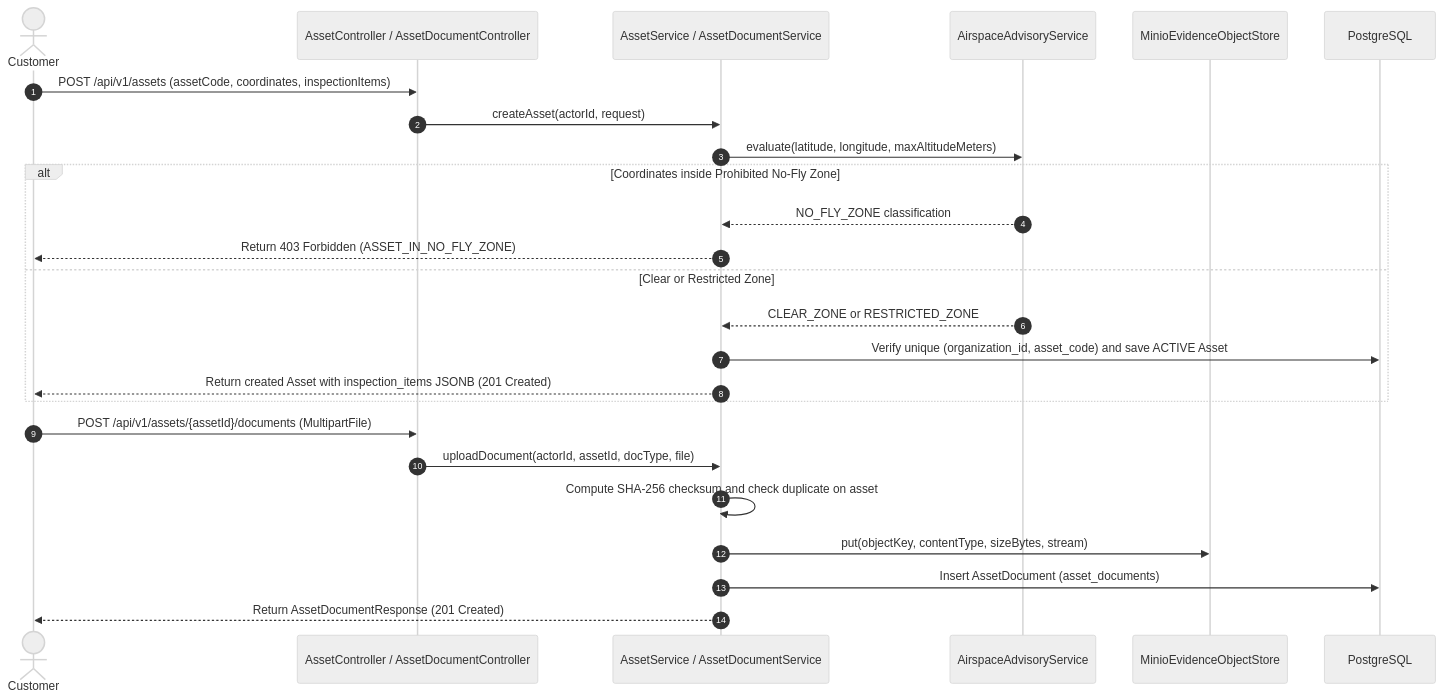
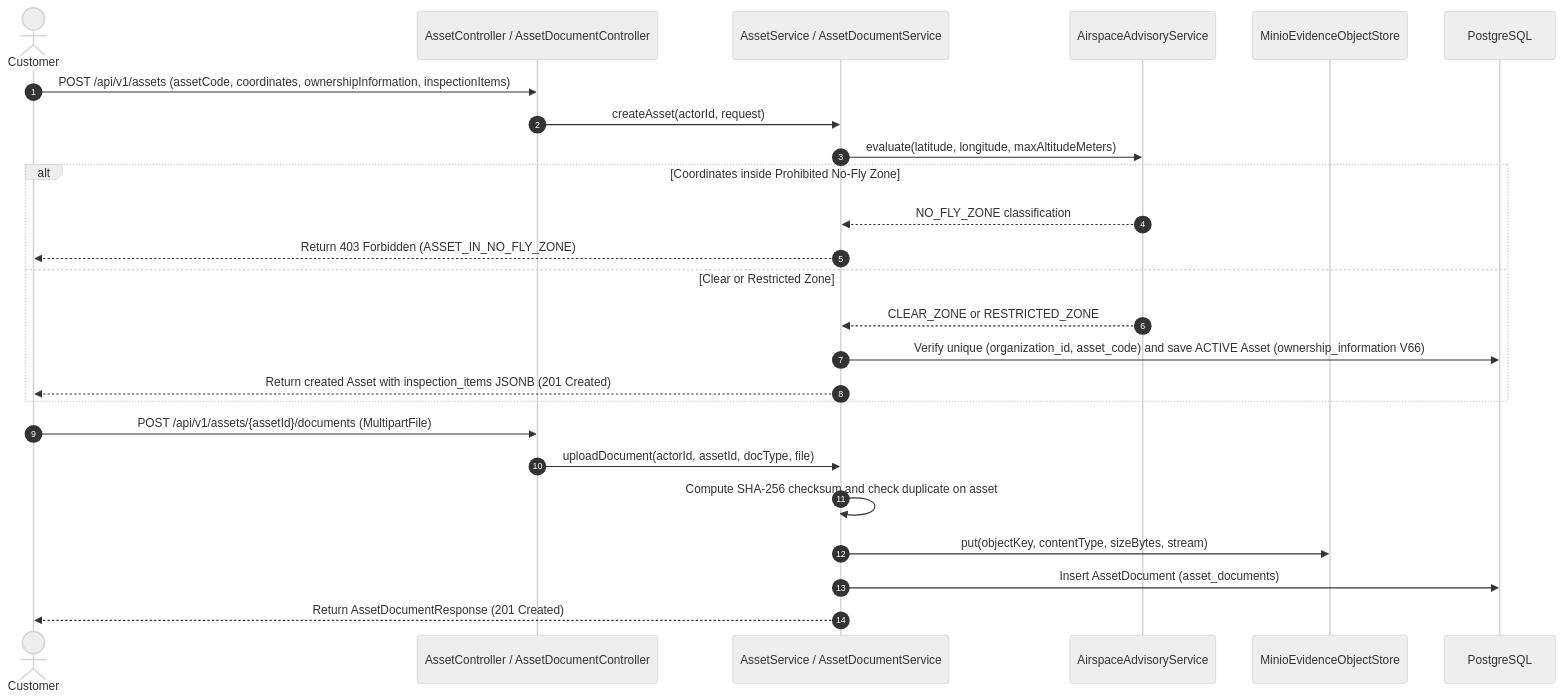
One commit to tungbach12/SmartDroneInspection-Docs changed the seventh of 22 diagrams in reports/report-4-software-design-document/03-detailed-design.md. Above: the diagram before and after it, drawn with Mermaid (neutral theme). The commit also changed other lines of this file and 139 other files, not shown here.

Commit message:
docs(reports,diagrams): split 24-feature reports and reorganize type-specific draw.io diagrams

````diff
--- a/reports/report-4-software-design-document/03-detailed-design.md
+++ b/reports/report-4-software-design-document/03-detailed-design.md
@@ -424,30 +377,30 @@
 ```mermaid
-%% title: FE-03 Building Asset and Reference Document Registration Sequence Diagram
+%% title: FE-06 Building Asset and Reference Document Registration Sequence Diagram
 sequenceDiagram
   autonumber
   actor Cust as Customer
   participant AssetCtrl as AssetController / AssetDocumentController
   participant AssetSvc as AssetService / AssetDocumentService
   participant Airspace as AirspaceAdvisoryService
   participant Store as MinioEvidenceObjectStore
   participant DB as PostgreSQL
 
-  Cust->>AssetCtrl: POST /api/v1/assets (assetCode, coordinates, inspectionItems)
+  Cust->>AssetCtrl: POST /api/v1/assets (assetCode, coordinates, ownershipInformation, inspectionItems)
   AssetCtrl->>AssetSvc: createAsset(actorId, request)
   AssetSvc->>Airspace: evaluate(latitude, longitude, maxAltitudeMeters)
   alt Coordinates inside Prohibited No-Fly Zone
     Airspace-->>AssetSvc: NO_FLY_ZONE classification
     AssetSvc-->>Cust: Return 403 Forbidden (ASSET_IN_NO_FLY_ZONE)
   else Clear or Restricted Zone
     Airspace-->>AssetSvc: CLEAR_ZONE or RESTRICTED_ZONE
-    AssetSvc->>DB: Verify unique (organization_id, asset_code) and save ACTIVE Asset
+    AssetSvc->>DB: Verify unique (organization_id, asset_code) and save ACTIVE Asset (ownership_information V66)
     AssetSvc-->>Cust: Return created Asset with inspection_items JSONB (201 Created)
   end
 
   Cust->>AssetCtrl: POST /api/v1/assets/{assetId}/documents (MultipartFile)
   AssetCtrl->>AssetSvc: uploadDocument(actorId, assetId, docType, file)
   AssetSvc->>AssetSvc: Compute SHA-256 checksum and check duplicate on asset
   AssetSvc->>Store: put(objectKey, contentType, sizeBytes, stream)
   AssetSvc->>DB: Insert AssetDocument (asset_documents)
   AssetSvc-->>Cust: Return AssetDocumentResponse (201 Created)
 ```
````
